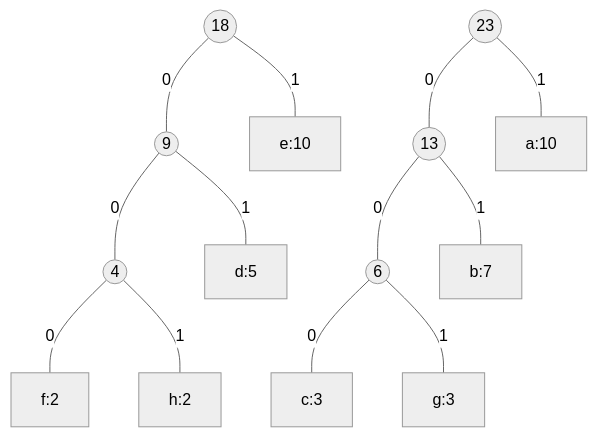
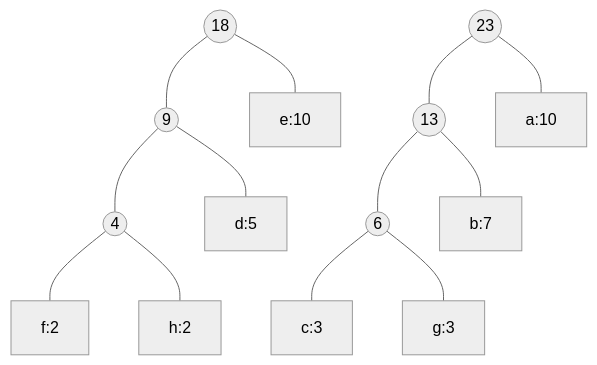
Before and after one commit to rdimartino/algorithms-hw: the seventh of 8 diagrams in 04/assignment4.md, drawn with Mermaid (neutral theme). The commit also changed other lines of this file and 1 other file, not shown here.

````diff
--- a/04/assignment4.md
+++ b/04/assignment4.md
@@ -169,22 +169,22 @@
     ```mermaid
     graph TD
         %% stage 1
-        n1((4))---|0|f:2
-        n1---|1|h:2
+        n1((4))---f:2
+        n1---h:2
         %% stage 3
-        n3((9))---|0|n1
-        n3---|1|d:5
+        n3((9))---n1
+        n3---d:5
         %% stage 5
-        n5((18))---|0|n3
-        n5---|1|e:10
+        n5((18))---n3
+        n5---e:10
         %% stage 6
-        n6((23))---|0|n4
-        n6---|1|a:10
+        n6((23))---n4
+        n6---a:10
 
         %% stage 2
-        n2((6))---|0|c:3
-        n2---|1|g:3
+        n2((6))---c:3
+        n2---g:3
         %% stage 4
-        n4((13))---|0|n2
-        n4---|1|b:7
+        n4((13))---n2
+        n4---b:7
     ```
````
